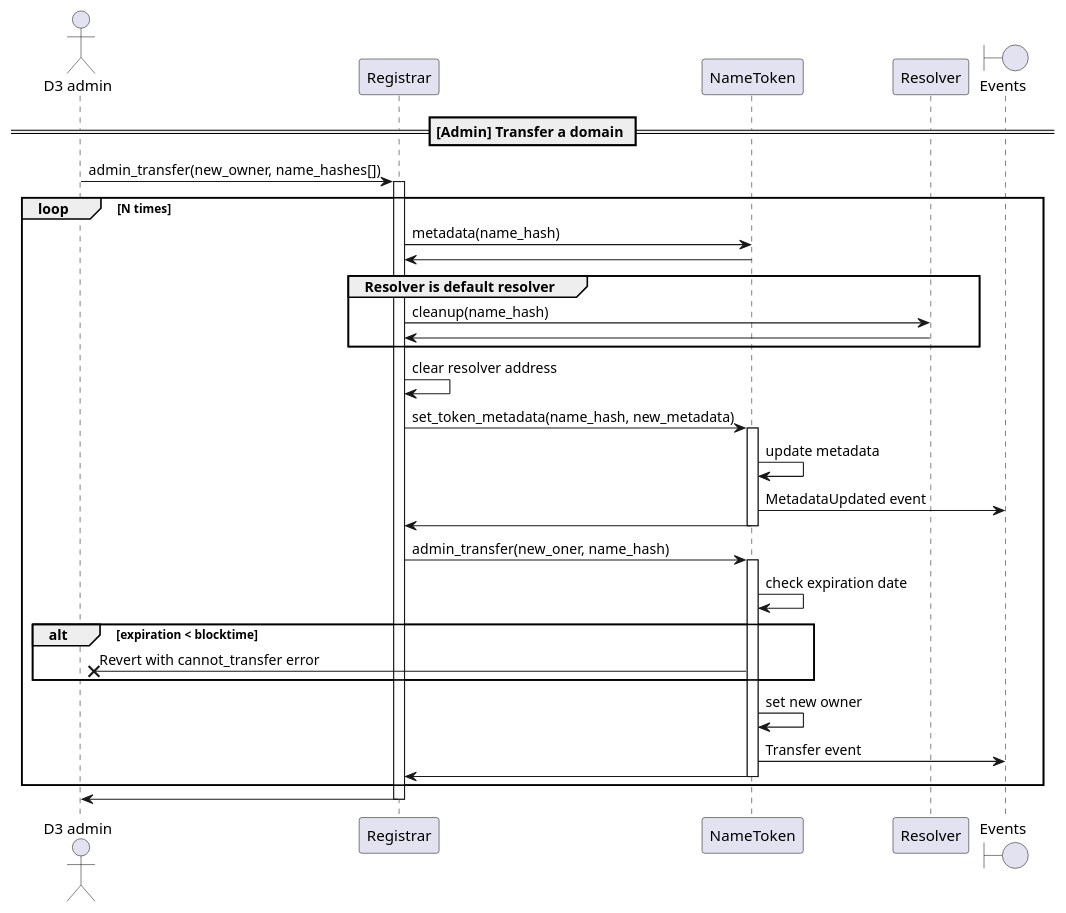
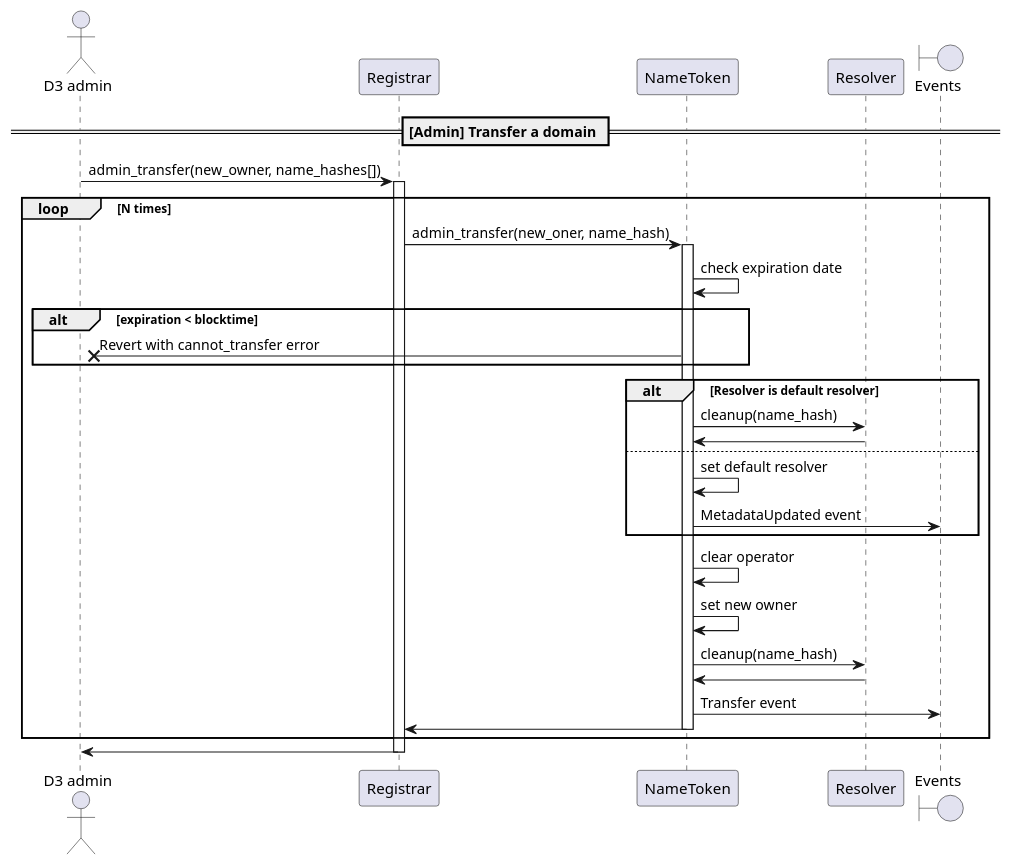
Before and after one commit to make-software/cspr-name-contracts: the diagram in docs/sequence-diagrams/puml/admin-transfer-domain.puml, drawn with PlantUML. The commit also changed 14 other files, not shown here.

Commit message:
- added set_default_resolver() to admin functions - modified transfer operations to call cleanup() and clear or set default resolver from nametoken contract instead of registrar - burn token calls cleanup and clears the resolver address. - removed puml file for secondary sale with fiat

```diff
--- a/docs/sequence-diagrams/puml/admin-transfer-domain.puml
+++ b/docs/sequence-diagrams/puml/admin-transfer-domain.puml
@@ -1,44 +1,41 @@
 @startuml
 'https://plantuml.com/sequence-diagram
 
 'autonumber
 actor "D3 admin"
 participant "Registrar"
 participant "NameToken"
 participant "Resolver"
 boundary "Events"
 
 == [Admin] Transfer a domain ==
 
 "D3 admin" -> "Registrar": admin_transfer(new_owner, name_hashes[])
 activate Registrar
 loop N times
-    Registrar -> NameToken: metadata(name_hash)
-    NameToken -> Registrar
-    group Resolver is default resolver
-        Registrar -> Resolver: cleanup(name_hash)
-        Resolver -> Registrar:
-    end
-    Registrar -> Registrar: clear resolver address
-    Registrar -> NameToken: set_token_metadata(name_hash, new_metadata)
-    activate NameToken
-    NameToken -> NameToken: update metadata
-    NameToken -> "Events": MetadataUpdated event
-    NameToken -> Registrar
-    deactivate NameToken
     Registrar -> NameToken: admin_transfer(new_oner, name_hash)
     activate NameToken
     NameToken -> NameToken: check expiration date
     alt expiration < blocktime
         NameToken ->X "D3 admin": Revert with cannot_transfer error
     end
+    alt Resolver is default resolver
+        NameToken -> Resolver: cleanup(name_hash)
+        Resolver -> NameToken:
+    else
+        NameToken -> NameToken : set default resolver
+        NameToken -> "Events": MetadataUpdated event
+    end
+    NameToken -> NameToken: clear operator
     NameToken -> NameToken : set new owner
+    NameToken -> Resolver: cleanup(name_hash)
+    Resolver -> NameToken:
     NameToken -> "Events": Transfer event
     NameToken -> Registrar
     deactivate NameToken
 end
 deactivate NameToken
 Registrar -> "D3 admin"
 deactivate Registrar
 
 @enduml
```
